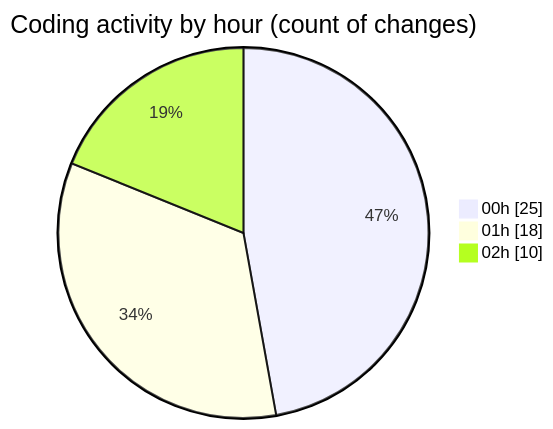
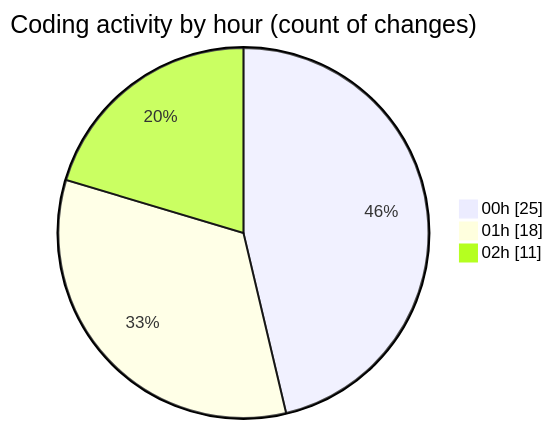
One commit to EIIisD/code-tracking changed the second of 2 diagrams in 2025-07-18/ribbon/README.md. Above: the diagram before and after it, drawn with Mermaid. The commit also changed other lines of this file and 1 other file, not shown here.

````diff
--- a/2025-07-18/ribbon/README.md
+++ b/2025-07-18/ribbon/README.md
@@ -37,7 +37,7 @@
 ```mermaid
 pie showData
 title Coding activity by hour (count of changes)
 "00h" : 25
 "01h" : 18
-"02h" : 10
+"02h" : 11
 ```
````
